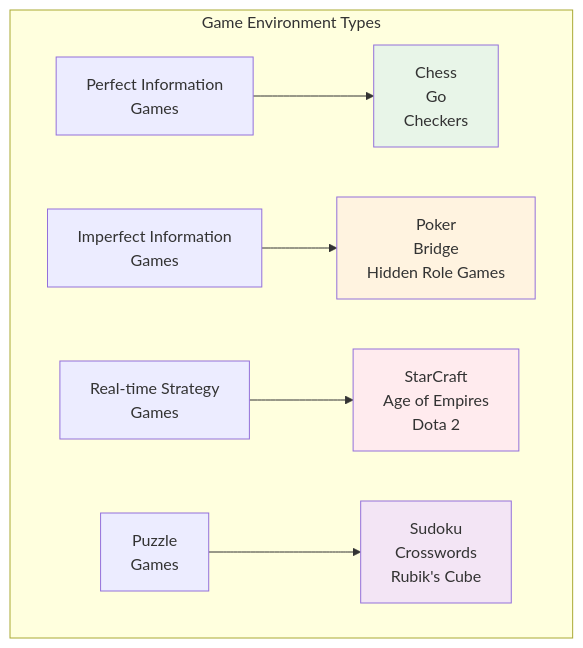
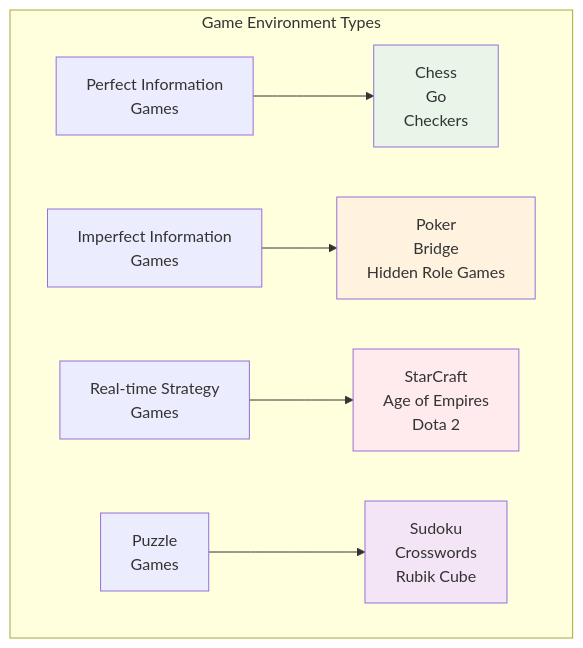
Before and after one commit to abstracted-m7/Data-Science: the eighth of 16 diagrams in Hand-Notes/Theory-AI-Basics/Environments/README.md, drawn with Mermaid. The commit also changed other lines of this file, not shown here.

````diff
--- a/Hand-Notes/Theory-AI-Basics/Environments/README.md
+++ b/Hand-Notes/Theory-AI-Basics/Environments/README.md
@@ -338,14 +338,14 @@
 ```mermaid
 graph TB
     subgraph "Game Environment Types"
         A[Perfect Information<br/>Games] --> A1[Chess<br/>Go<br/>Checkers]
         B[Imperfect Information<br/>Games] --> B1[Poker<br/>Bridge<br/>Hidden Role Games]
         C[Real-time Strategy<br/>Games] --> C1[StarCraft<br/>Age of Empires<br/>Dota 2]
-        D[Puzzle<br/>Games] --> D1[Sudoku<br/>Crosswords<br/>Rubik's Cube]
+        D[Puzzle<br/>Games] --> D1[Sudoku<br/>Crosswords<br/>Rubik Cube]
     end
     
     style A1 fill:#e8f5e8
     style B1 fill:#fff3e0
     style C1 fill:#ffebee
     style D1 fill:#f3e5f5
 ```
````
